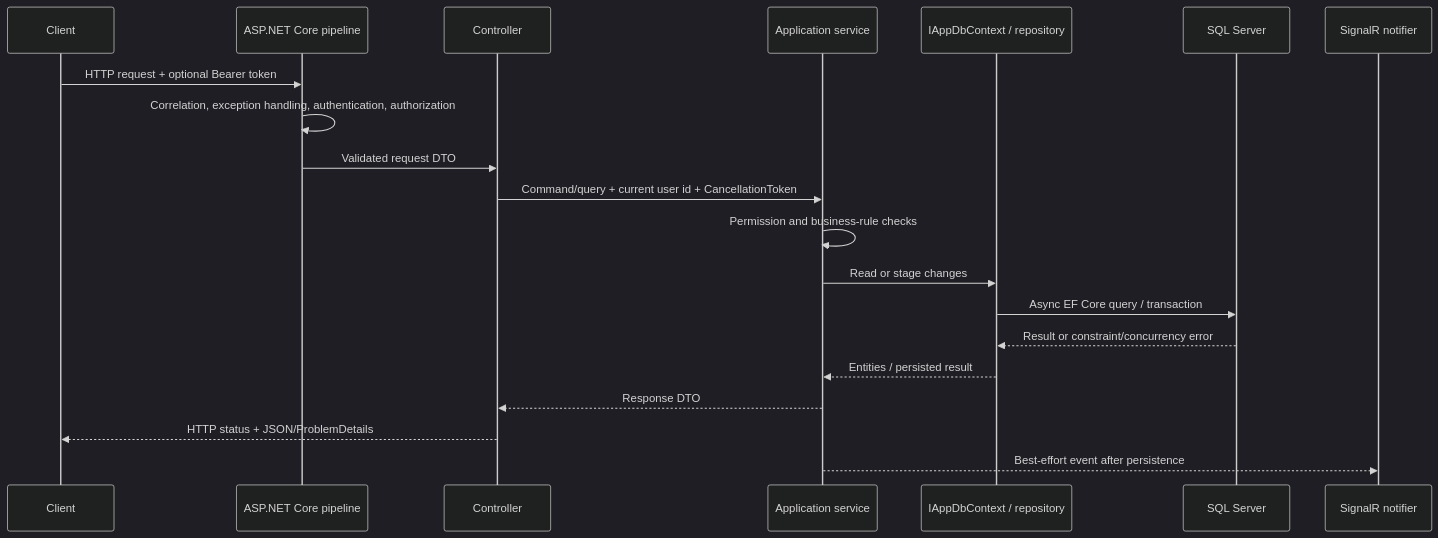
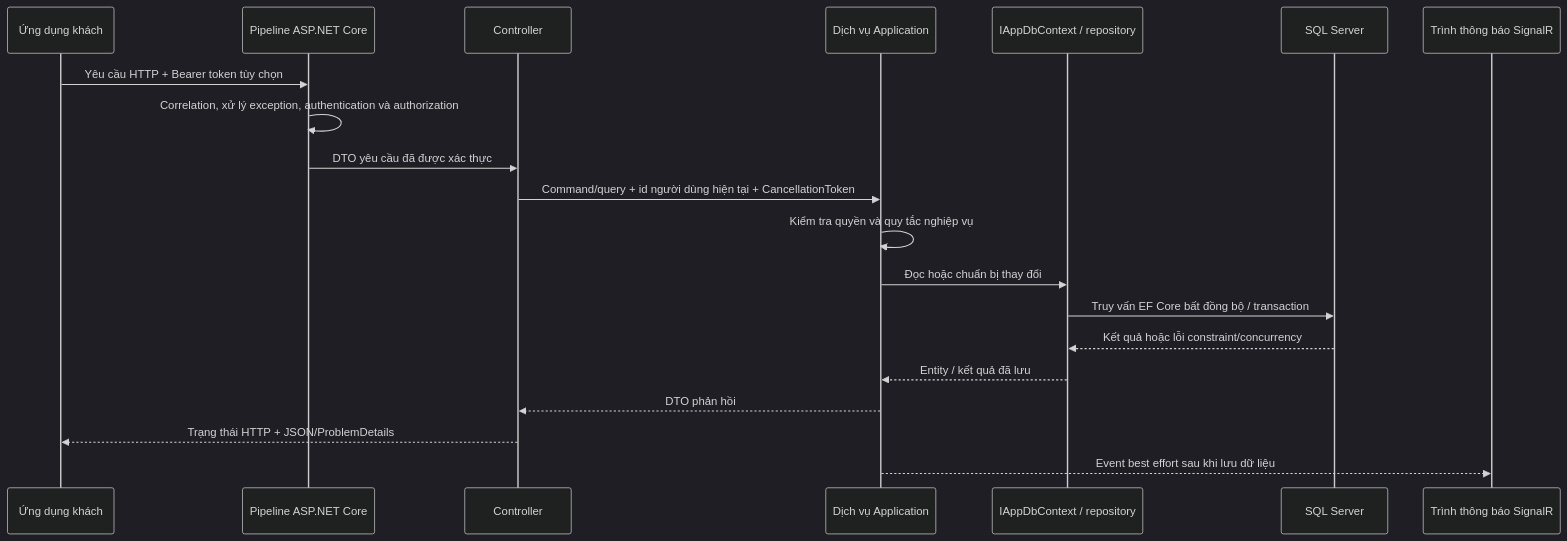
The second of 3 diagrams in docs/architecture.md (Giapnocap/work-management-system-backend), drawn with Mermaid (dark theme) before and after one commit. The commit also changed other lines of this file and 7 other files, not shown here.

````diff
--- a/docs/architecture.md
+++ b/docs/architecture.md
@@ -53,23 +53,23 @@
 ```mermaid
 sequenceDiagram
-    participant Client
-    participant Pipeline as ASP.NET Core pipeline
+    participant Client as Ứng dụng khách
+    participant Pipeline as Pipeline ASP.NET Core
     participant Controller
-    participant Service as Application service
+    participant Service as Dịch vụ Application
     participant Data as IAppDbContext / repository
     participant SQL as SQL Server
-    participant Realtime as SignalR notifier
+    participant Realtime as Trình thông báo SignalR
 
-    Client->>Pipeline: HTTP request + optional Bearer token
-    Pipeline->>Pipeline: Correlation, exception handling, authentication, authorization
-    Pipeline->>Controller: Validated request DTO
-    Controller->>Service: Command/query + current user id + CancellationToken
-    Service->>Service: Permission and business-rule checks
-    Service->>Data: Read or stage changes
-    Data->>SQL: Async EF Core query / transaction
-    SQL-->>Data: Result or constraint/concurrency error
-    Data-->>Service: Entities / persisted result
-    Service-->>Controller: Response DTO
-    Controller-->>Client: HTTP status + JSON/ProblemDetails
-    Service-->>Realtime: Best-effort event after persistence
+    Client->>Pipeline: Yêu cầu HTTP + Bearer token tùy chọn
+    Pipeline->>Pipeline: Correlation, xử lý exception, authentication và authorization
+    Pipeline->>Controller: DTO yêu cầu đã được xác thực
+    Controller->>Service: Command/query + id người dùng hiện tại + CancellationToken
+    Service->>Service: Kiểm tra quyền và quy tắc nghiệp vụ
+    Service->>Data: Đọc hoặc chuẩn bị thay đổi
+    Data->>SQL: Truy vấn EF Core bất đồng bộ / transaction
+    SQL-->>Data: Kết quả hoặc lỗi constraint/concurrency
+    Data-->>Service: Entity / kết quả đã lưu
+    Service-->>Controller: DTO phản hồi
+    Controller-->>Client: Trạng thái HTTP + JSON/ProblemDetails
+    Service-->>Realtime: Event best effort sau khi lưu dữ liệu
 ```
````
